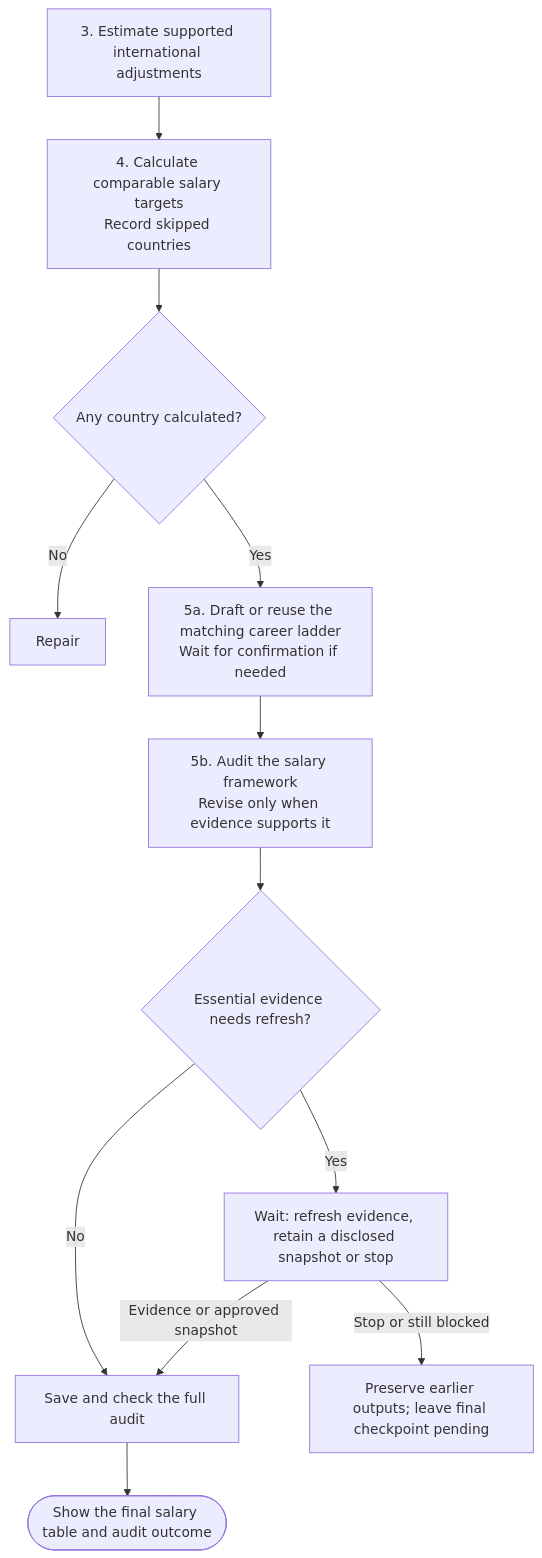
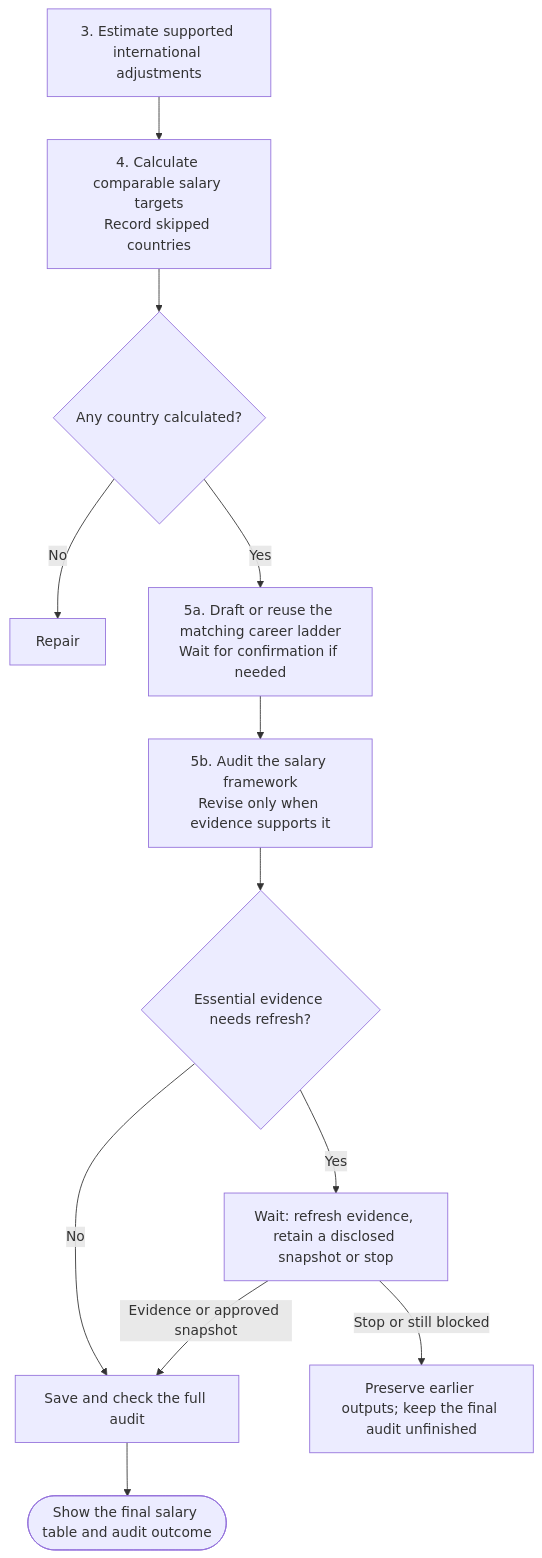
One commit to myowinthein/agent-compass changed the second of 2 diagrams in docs/commands/salary-calculator/detailed.md. Above: the diagram before and after it, drawn with Mermaid. The commit also changed other lines of this file and 24 other files, not shown here.

````diff
--- a/docs/commands/salary-calculator/detailed.md
+++ b/docs/commands/salary-calculator/detailed.md
@@ -38,15 +37,15 @@
 ```mermaid
 flowchart TD
   S3["3. Estimate supported international adjustments"]
   S3 --> S4["4. Calculate comparable salary targets<br/>Record skipped countries"]
   S4 --> Usable{"Any country calculated?"}
   Usable -->|No| Repair
   Usable -->|Yes| Ladder["5a. Draft or reuse the matching career ladder<br/>Wait for confirmation if needed"]
   Ladder --> Audit["5b. Audit the salary framework<br/>Revise only when evidence supports it"]
   Audit --> Fresh{"Essential evidence needs refresh?"}
   Fresh -->|Yes| Choice["Wait: refresh evidence, retain a disclosed snapshot or stop"]
   Choice -->|Evidence or approved snapshot| Final["Save and check the full audit"]
-  Choice -->|Stop or still blocked| Pending["Preserve earlier outputs; leave final checkpoint pending"]
+  Choice -->|Stop or still blocked| Pending["Preserve earlier outputs; keep the final audit unfinished"]
   Fresh -->|No| Final
   Final --> End(["Show the final salary table and audit outcome"])
 ```
````
